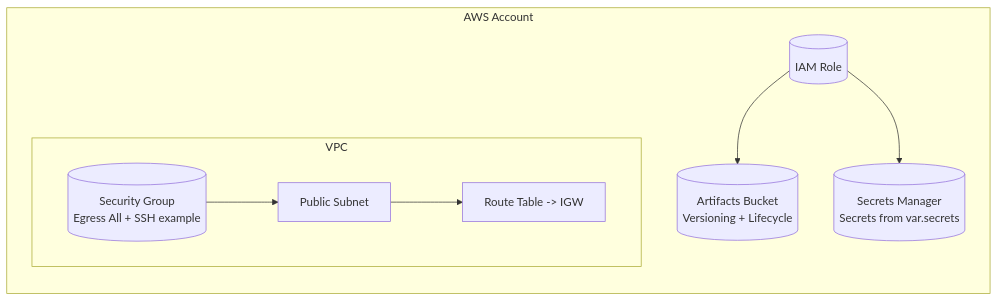
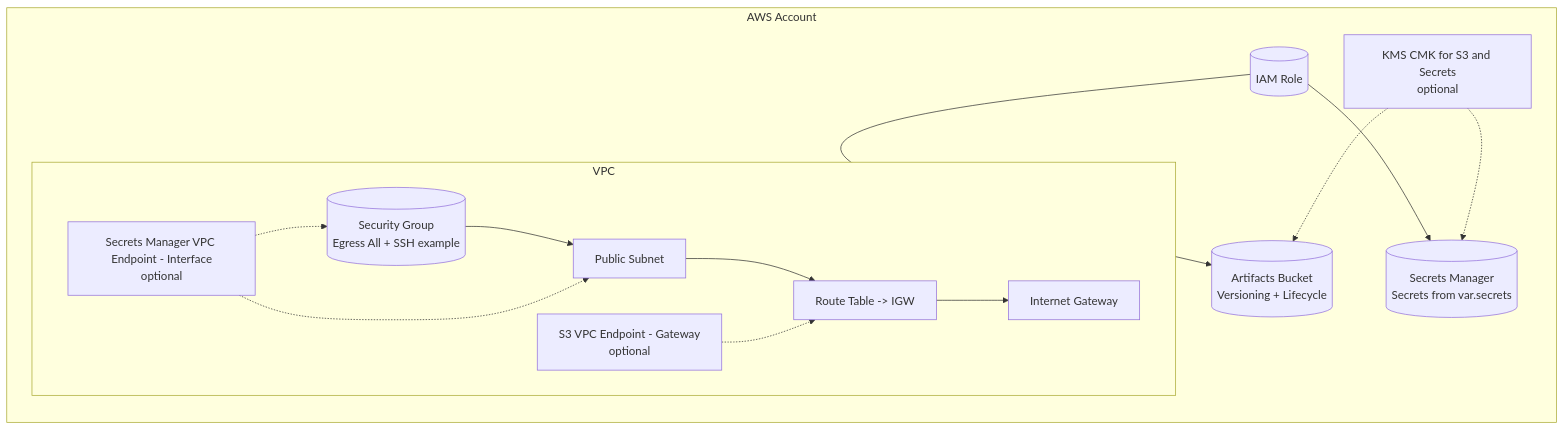
Before and after one commit to Jon-k-1232/aws_terraform_template: the diagram in README.md, drawn with Mermaid. The commit also changed other lines of this file and 3 other files, not shown here.

````diff
--- a/README.md
+++ b/README.md
@@ -153,19 +153,36 @@
 ```mermaid
 flowchart LR
    subgraph Account[AWS Account]
       subgraph VPC[VPC]
+         SG[(Security Group\nEgress All + SSH example)]
          Subnet[Public Subnet]
          RT[Route Table -> IGW]
-         SG[(Security Group\nEgress All + SSH example)]
+         IGW[Internet Gateway]
+
+         SG --> Subnet
+         Subnet --> RT
+         RT --> IGW
+
+         %% Optional VPC endpoints (enhancements)
+      S3GW[S3 VPC Endpoint - Gateway\noptional]
+      SMIF[Secrets Manager VPC Endpoint - Interface\noptional]
+         S3GW -.-> RT
+         SMIF -.-> Subnet
+         SMIF -.-> SG
       end
 
       S3[(Artifacts Bucket\nVersioning + Lifecycle)]
       Role[(IAM Role)]
       SM[(Secrets Manager\nSecrets from var.secrets)]
+
+      %% Optional KMS CMK for SSE-KMS (enhancement)
+      KMS[KMS CMK for S3 and Secrets\noptional]
    end
 
-   Subnet --> RT
-   SG --> Subnet
    Role --> S3
    Role --> SM
+
+   %% Optional SSE-KMS links
+   KMS -.-> S3
+   KMS -.-> SM
 ```
````
